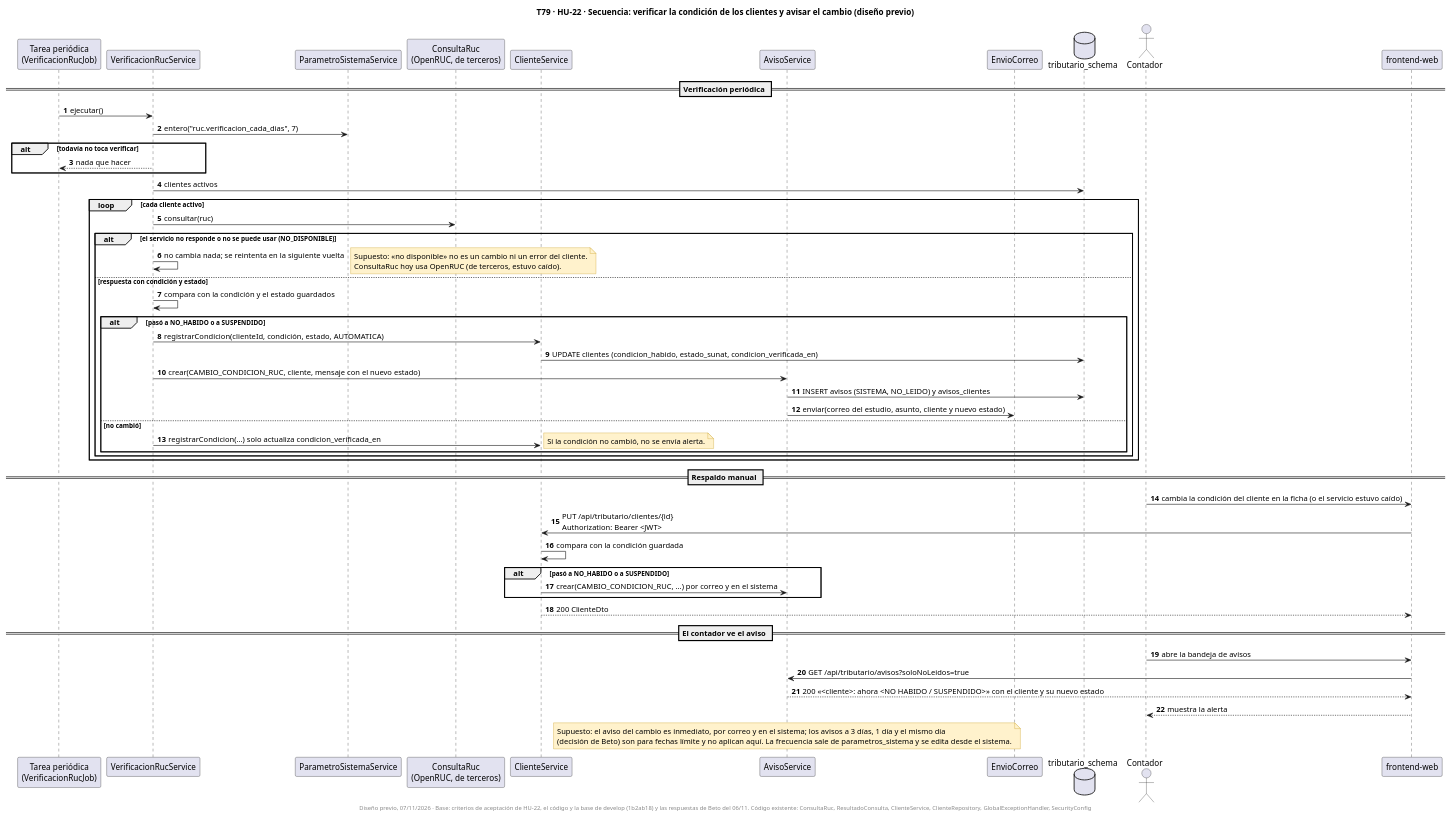
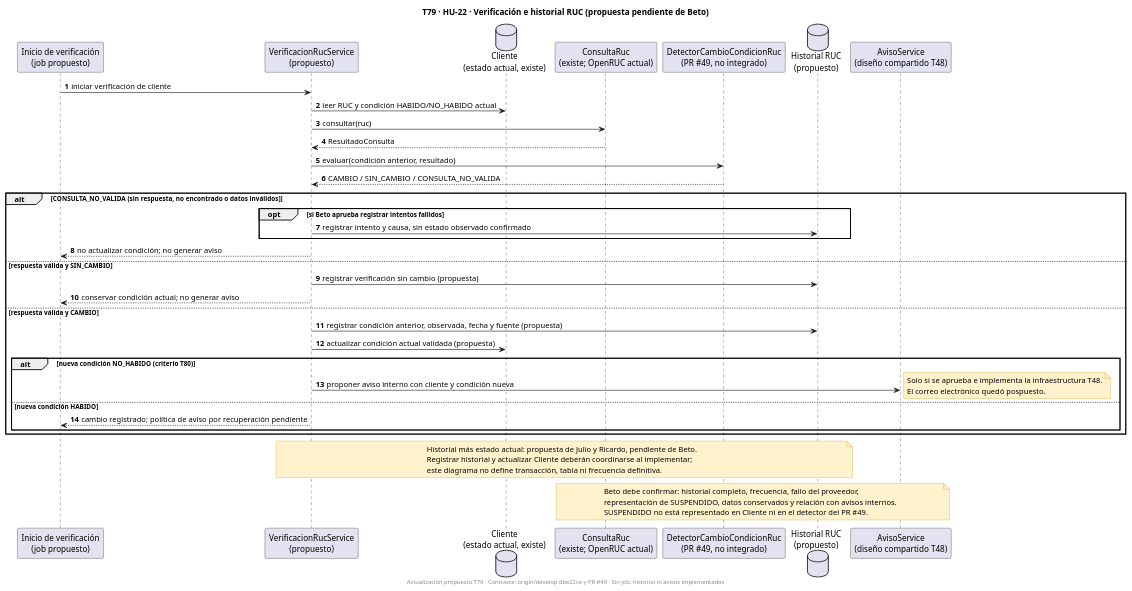
The diagram in docs/uml/T79-HU22-secuencia-verificar-condicion.puml (fabianrodriguez33/plus-contable), drawn with PlantUML before and after one commit. The commit also changed 5 other files, not shown here.

Commit message:
docs(HU-22): proponer historial RUC en UML T79

```diff
--- a/docs/uml/T79-HU22-secuencia-verificar-condicion.puml
+++ b/docs/uml/T79-HU22-secuencia-verificar-condicion.puml
@@ -1,71 +1,56 @@
 @startuml
-title T79 · HU-22 · Secuencia: verificar la condición de los clientes y avisar el cambio (diseño previo)
+title T79 · HU-22 · Verificación e historial RUC (propuesta pendiente de Beto)
 skinparam shadowing false
 skinparam noteBackgroundColor #FFF2CC
 skinparam noteBorderColor #BF9000
 autonumber
 
-participant "Tarea periódica\n(VerificacionRucJob)" as J
-participant "VerificacionRucService" as VS
-participant "ParametroSistemaService" as PS
-participant "ConsultaRuc\n(OpenRUC, de terceros)" as CR
-participant "ClienteService" as CS
-participant "AvisoService" as AS
-participant "EnvioCorreo" as EC
-database "tributario_schema" as DB
-actor "Contador" as U
-participant "frontend-web" as FE
+participant "Inicio de verificación\n(job propuesto)" as J
+participant "VerificacionRucService\n(propuesto)" as VS
+database "Cliente\n(estado actual, existe)" as C
+participant "ConsultaRuc\n(existe; OpenRUC actual)" as CR
+participant "DetectorCambioCondicionRuc\n(PR #49, no integrado)" as DC
+database "Historial RUC\n(propuesto)" as H
+participant "AvisoService\n(diseño compartido T48)" as AS
 
-== Verificación periódica ==
-J -> VS : ejecutar()
-VS -> PS : entero("ruc.verificacion_cada_dias", 7)
-alt todavía no toca verificar
-  VS --> J : nada que hacer
-end
-VS -> DB : clientes activos
-loop cada cliente activo
-  VS -> CR : consultar(ruc)
-  alt el servicio no responde o no se puede usar (NO_DISPONIBLE)
-    VS -> VS : no cambia nada; se reintenta en la siguiente vuelta
+J -> VS : iniciar verificación de cliente
+VS -> C : leer RUC y condición HABIDO/NO_HABIDO actual
+VS -> CR : consultar(ruc)
+CR --> VS : ResultadoConsulta
+VS -> DC : evaluar(condición anterior, resultado)
+DC --> VS : CAMBIO / SIN_CAMBIO / CONSULTA_NO_VALIDA
+
+alt CONSULTA_NO_VALIDA (sin respuesta, no encontrado o datos inválidos)
+  opt si Beto aprueba registrar intentos fallidos
+    VS -> H : registrar intento y causa, sin estado observado confirmado
+  end
+  VS --> J : no actualizar condición; no generar aviso
+else respuesta válida y SIN_CAMBIO
+  VS -> H : registrar verificación sin cambio (propuesta)
+  VS --> J : conservar condición actual; no generar aviso
+else respuesta válida y CAMBIO
+  VS -> H : registrar condición anterior, observada, fecha y fuente (propuesta)
+  VS -> C : actualizar condición actual validada (propuesta)
+  alt nueva condición NO_HABIDO (criterio T80)
+    VS -> AS : proponer aviso interno con cliente y condición nueva
     note right
-      Supuesto: «no disponible» no es un cambio ni un error del cliente.
-      ConsultaRuc hoy usa OpenRUC (de terceros, estuvo caído).
+      Solo si se aprueba e implementa la infraestructura T48.
+      El correo electrónico quedó pospuesto.
     end note
-  else respuesta con condición y estado
-    VS -> VS : compara con la condición y el estado guardados
-    alt pasó a NO_HABIDO o a SUSPENDIDO
-      VS -> CS : registrarCondicion(clienteId, condición, estado, AUTOMATICA)
-      CS -> DB : UPDATE clientes (condicion_habido, estado_sunat, condicion_verificada_en)
-      VS -> AS : crear(CAMBIO_CONDICION_RUC, cliente, mensaje con el nuevo estado)
-      AS -> DB : INSERT avisos (SISTEMA, NO_LEIDO) y avisos_clientes
-      AS -> EC : enviar(correo del estudio, asunto, cliente y nuevo estado)
-    else no cambió
-      VS -> CS : registrarCondicion(...) solo actualiza condicion_verificada_en
-      note right
-        Si la condición no cambió, no se envía alerta.
-      end note
-    end
+  else nueva condición HABIDO
+    VS --> J : cambio registrado; política de aviso por recuperación pendiente
   end
 end
 
-== Respaldo manual ==
-U -> FE : cambia la condición del cliente en la ficha (o el servicio estuvo caído)
-FE -> CS : PUT /api/tributario/clientes/{id}\nAuthorization: Bearer <JWT>
-CS -> CS : compara con la condición guardada
-alt pasó a NO_HABIDO o a SUSPENDIDO
-  CS -> AS : crear(CAMBIO_CONDICION_RUC, ...) por correo y en el sistema
-end
-CS --> FE : 200 ClienteDto
-
-== El contador ve el aviso ==
-U -> FE : abre la bandeja de avisos
-FE -> AS : GET /api/tributario/avisos?soloNoLeidos=true
-AS --> FE : 200 «<cliente>: ahora <NO HABIDO / SUSPENDIDO>» con el cliente y su nuevo estado
-FE --> U : muestra la alerta
-
-note over AS
-  Supuesto: el aviso del cambio es inmediato, por correo y en el sistema; los avisos a 3 días, 1 día y el mismo día
-  (decisión de Beto) son para fechas límite y no aplican aquí. La frecuencia sale de parametros_sistema y se edita desde el sistema.
+note over VS,H
+  Historial más estado actual: propuesta de Julio y Ricardo, pendiente de Beto.
+  Registrar historial y actualizar Cliente deberán coordinarse al implementar;
+  este diagrama no define transacción, tabla ni frecuencia definitiva.
 end note
-footer Diseño previo, 07/11/2026 · Base: criterios de aceptación de HU-22, el código y la base de develop (1b2ab18) y las respuestas de Beto del 06/11. Código existente: ConsultaRuc, ResultadoConsulta, ClienteService, ClienteRepository, GlobalExceptionHandler, SecurityConfig
+note over CR,AS
+  Beto debe confirmar: historial completo, frecuencia, fallo del proveedor,
+  representación de SUSPENDIDO, datos conservados y relación con avisos internos.
+  SUSPENDIDO no está representado en Cliente ni en el detector del PR #49.
+end note
+footer Actualización propuesta T79 · Contraste: origin/develop dbe22ce y PR #49 · Sin job, historial ni avisos implementados
 @enduml
```
